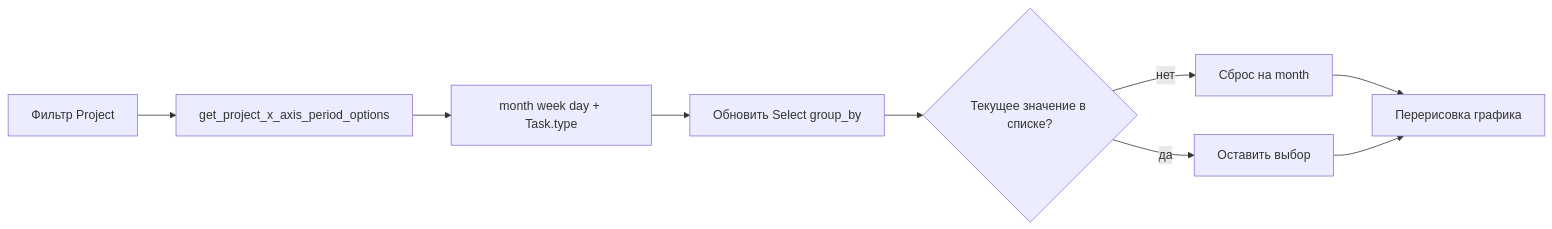
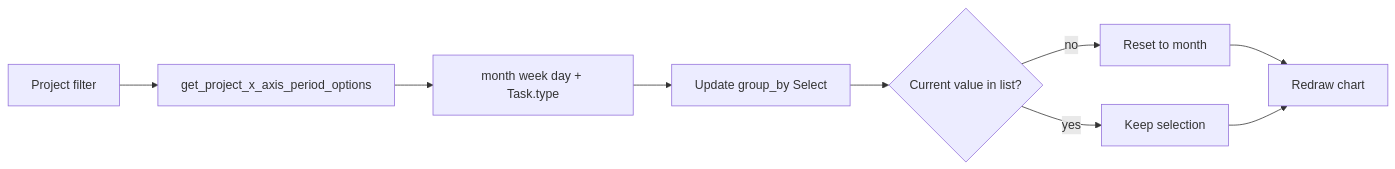
The fourth of 5 diagrams in README.md (Dinext-pro/dinext-project-tasks-gantt), drawn with Mermaid before and after one commit. The commit also changed other lines of this file and 1 other file, not shown here.

````diff
--- a/README.md
+++ b/README.md
@@ -212,11 +210,11 @@
 ```mermaid
 flowchart LR
-    projectFilter[Фильтр Project] --> api[get_project_x_axis_period_options]
+    projectFilter[Project filter] --> api[get_project_x_axis_period_options]
     api --> options[month week day + Task.type]
-    options --> select[Обновить Select group_by]
-    select --> valid{Текущее значение в списке?}
-    valid -->|нет| reset[Сброс на month]
-    valid -->|да| keep[Оставить выбор]
-    reset --> chart[Перерисовка графика]
+    options --> select[Update group_by Select]
+    select --> valid{Current value in list?}
+    valid -->|no| reset[Reset to month]
+    valid -->|yes| keep[Keep selection]
+    reset --> chart[Redraw chart]
     keep --> chart
 ```
````
